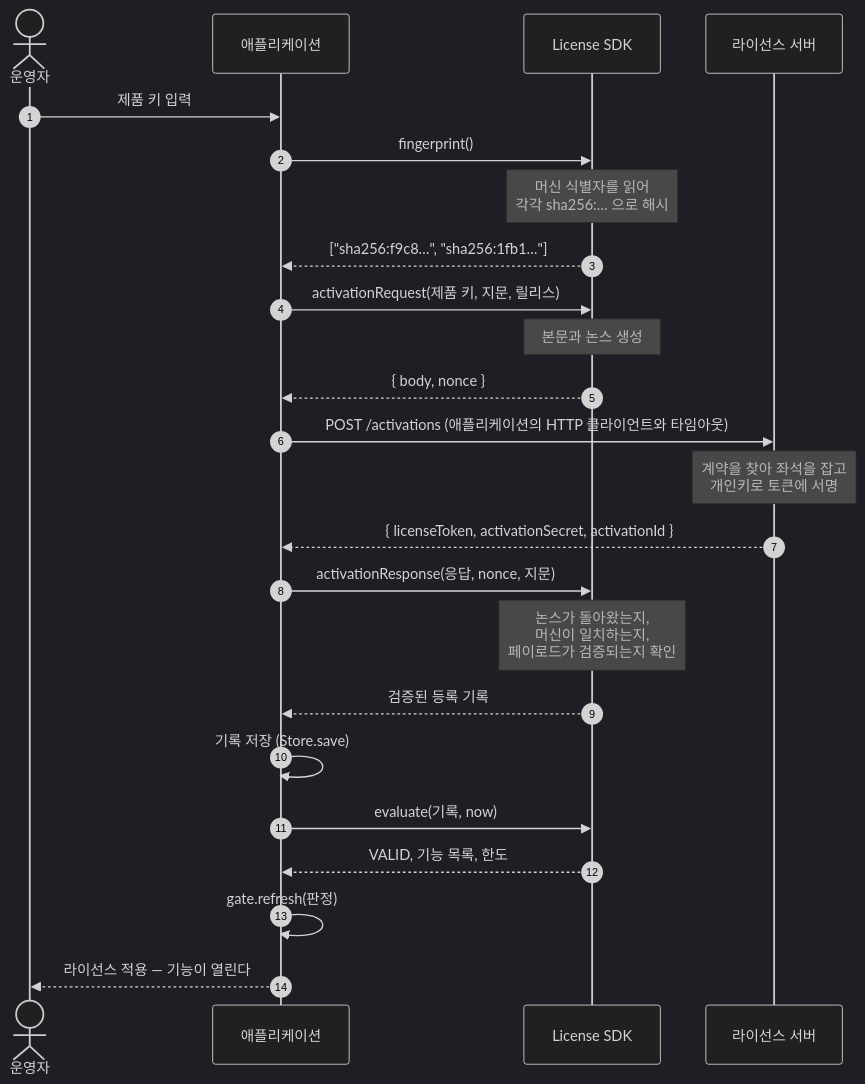
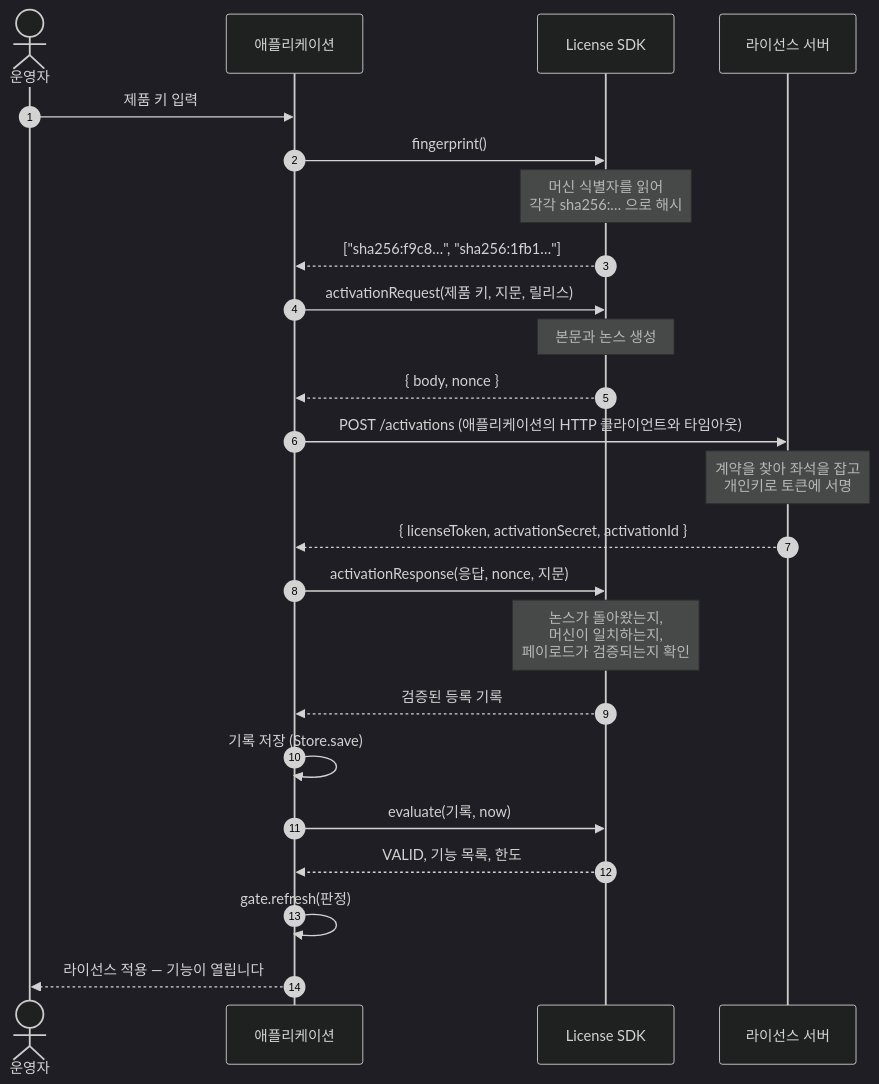
One commit to accesscore-dev/accesscore-license-sdk-dist changed the first of 7 diagrams in docs/manual/ko/concepts.md. Above: the diagram before and after it, drawn with Mermaid (dark theme). The commit also changed other lines of this file and 6 other files, not shown here.

Commit message:
docs: hold the Korean diagrams to the same style as the prose

````diff
--- a/docs/manual/ko/concepts.md
+++ b/docs/manual/ko/concepts.md
@@ -65,31 +65,31 @@
 ```mermaid
 sequenceDiagram
     autonumber
     actor Op as 운영자
     participant App as 애플리케이션
     participant SDK as License SDK
     participant Srv as 라이선스 서버
 
     Op->>App: 제품 키 입력
     App->>SDK: fingerprint()
     Note over SDK: 머신 식별자를 읽어<br/>각각 sha256:… 으로 해시
     SDK-->>App: ["sha256:f9c8…", "sha256:1fb1…"]
 
     App->>SDK: activationRequest(제품 키, 지문, 릴리스)
     Note over SDK: 본문과 논스 생성
     SDK-->>App: { body, nonce }
 
     App->>Srv: POST /activations  (애플리케이션의 HTTP 클라이언트와 타임아웃)
     Note over Srv: 계약을 찾아 좌석을 잡고<br/>개인키로 토큰에 서명
     Srv-->>App: { licenseToken, activationSecret, activationId }
 
     App->>SDK: activationResponse(응답, nonce, 지문)
     Note over SDK: 논스가 돌아왔는지,<br/>머신이 일치하는지,<br/>페이로드가 검증되는지 확인
     SDK-->>App: 검증된 등록 기록
 
     App->>App: 기록 저장 (Store.save)
     App->>SDK: evaluate(기록, now)
     SDK-->>App: VALID, 기능 목록, 한도
     App->>App: gate.refresh(판정)
-    App-->>Op: 라이선스 적용 — 기능이 열린다
+    App-->>Op: 라이선스 적용 — 기능이 열립니다
 ```
````
